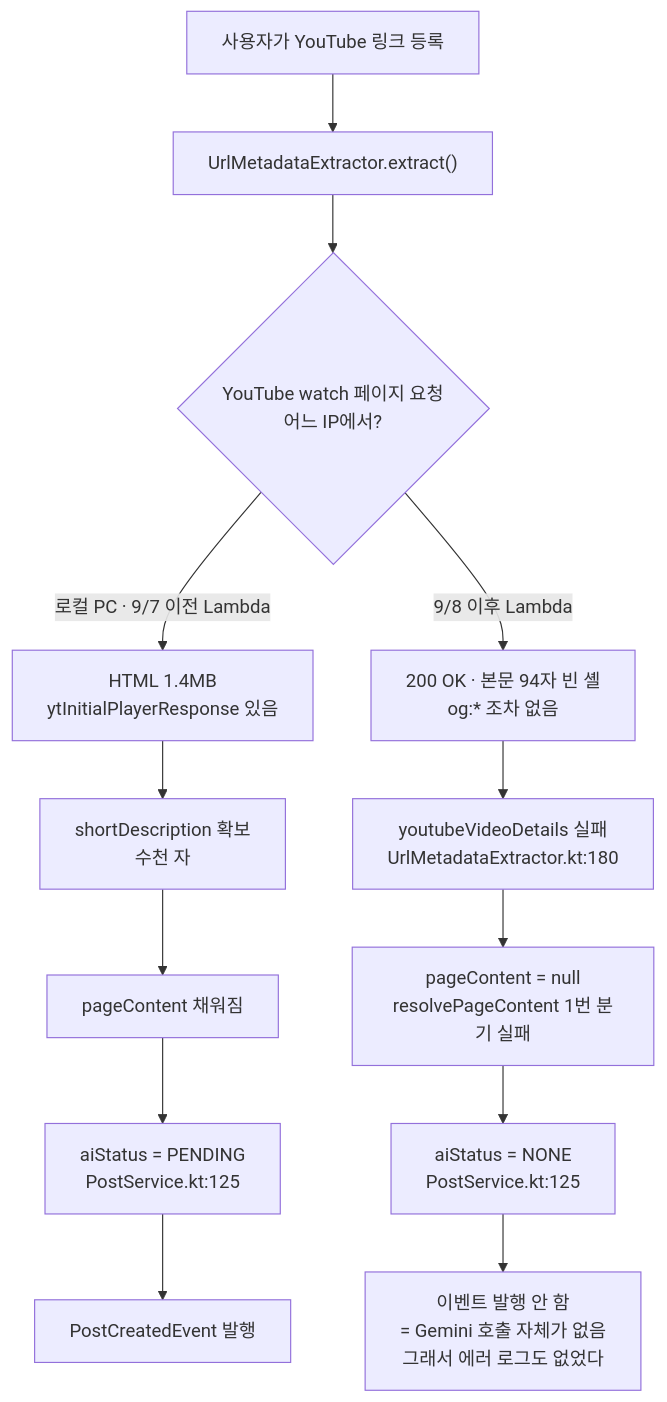
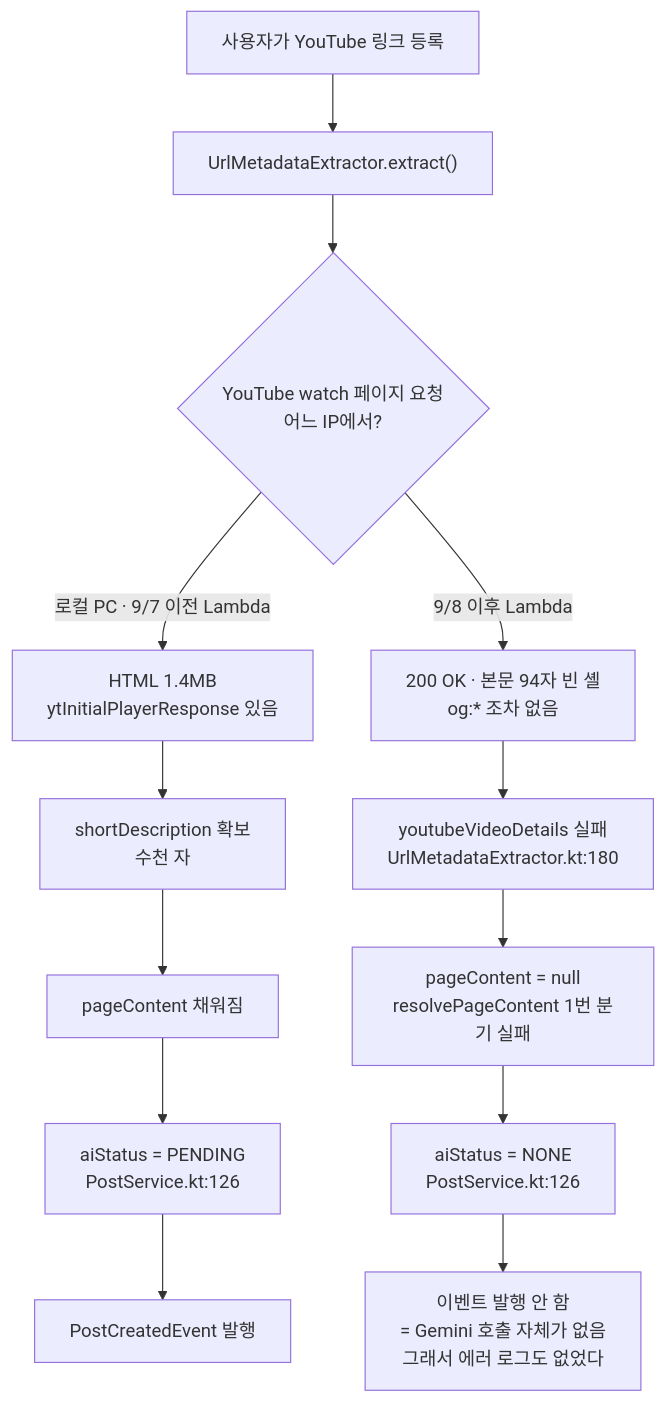
Before and after one commit to BAECHAN/link-sphere_BE_NEW: the first of 3 diagrams in docs/AI-ASYNC-PROCESSING.md, drawn with Mermaid. The commit also changed 43 other files, not shown here.

````diff
--- a/docs/AI-ASYNC-PROCESSING.md
+++ b/docs/AI-ASYNC-PROCESSING.md
@@ -549,20 +549,20 @@
 ```mermaid
 flowchart TD
     A["사용자가 YouTube 링크 등록"] --> B["UrlMetadataExtractor.extract()"]
     B --> C{"YouTube watch 페이지 요청<br/>어느 IP에서?"}
 
     C -->|"로컬 PC · 9/7 이전 Lambda"| D["HTML 1.4MB<br/>ytInitialPlayerResponse 있음"]
     C -->|"9/8 이후 Lambda"| E["200 OK · 본문 94자 빈 셸<br/>og:* 조차 없음"]
 
     D --> F["shortDescription 확보<br/>수천 자"]
     E --> G["youtubeVideoDetails 실패<br/>UrlMetadataExtractor.kt:180"]
 
     F --> H["pageContent 채워짐"]
     G --> I["pageContent = null<br/>resolvePageContent 1번 분기 실패"]
 
-    H --> J["aiStatus = PENDING<br/>PostService.kt:125"]
-    I --> K["aiStatus = NONE<br/>PostService.kt:125"]
+    H --> J["aiStatus = PENDING<br/>PostService.kt:126"]
+    I --> K["aiStatus = NONE<br/>PostService.kt:126"]
 
     J --> L["PostCreatedEvent 발행"]
     K --> M["이벤트 발행 안 함<br/>= Gemini 호출 자체가 없음<br/>그래서 에러 로그도 없었다"]
 ```
````
